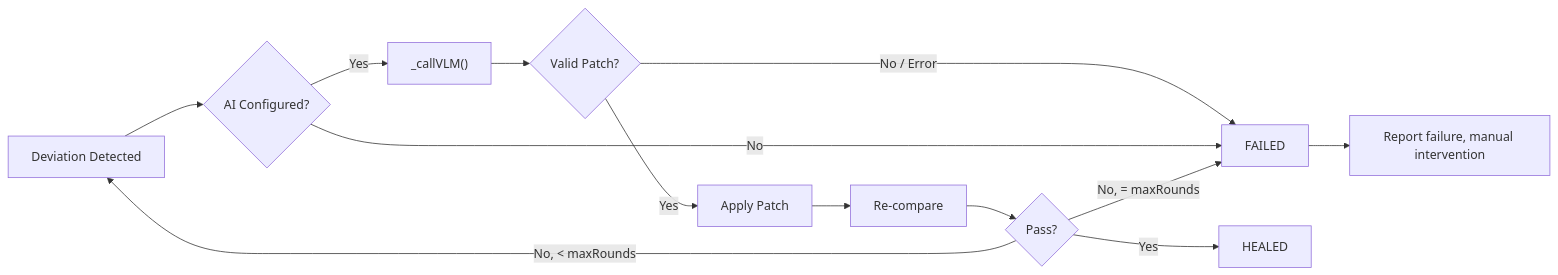
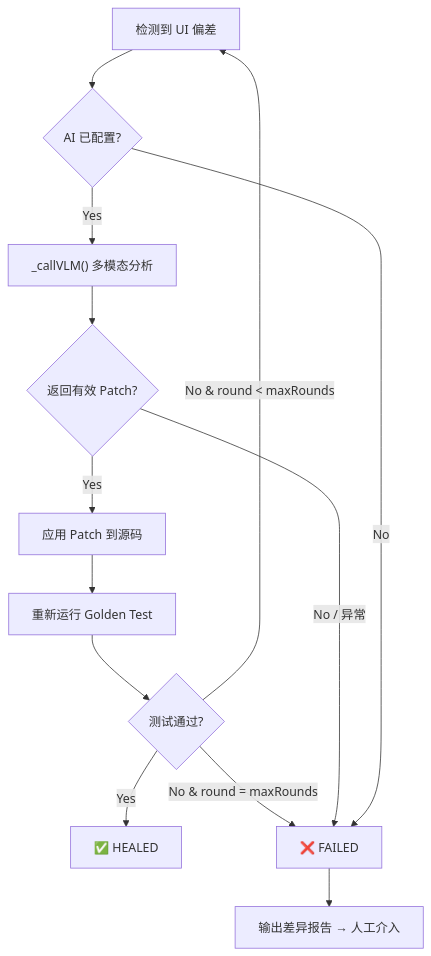
Before and after one commit to isJoker/flutter_ui_heal_by_ai: the third of 3 diagrams in README.md, drawn with Mermaid. The commit also changed other lines of this file and 1 other file, not shown here.

````diff
--- a/README.md
+++ b/README.md
@@ -140,15 +202,15 @@
 ```mermaid
-flowchart LR
-    A["Deviation Detected"] --> B{"AI Configured?"}
-    B -->|Yes| C["_callVLM()"]
-    C --> D{"Valid Patch?"}
-    D -->|Yes| E["Apply Patch"]
-    D -->|"No / Error"| F["FAILED"]
-    B -->|No| F
-    E --> G["Re-compare"]
-    G --> H{"Pass?"}
-    H -->|Yes| I["HEALED"]
-    H -->|"No, < maxRounds"| A
-    H -->|"No, = maxRounds"| F
-    F --> J["Report failure, manual intervention"]
+flowchart TD
+    A["检测到 UI 偏差"] --> B{"AI 已配置?"}
+    B -->|Yes| C["_callVLM() 多模态分析"]
+    C --> D{"返回有效 Patch?"}
+    D -->|Yes| E["应用 Patch 到源码"]
+    E --> F["重新运行 Golden Test"]
+    F --> G{"测试通过?"}
+    G -->|Yes| H["✅ HEALED"]
+    G -->|"No & round < maxRounds"| A
+    G -->|"No & round = maxRounds"| I["❌ FAILED"]
+    D -->|"No / 异常"| I
+    B -->|No| I
+    I --> J["输出差异报告 → 人工介入"]
 ```
````
